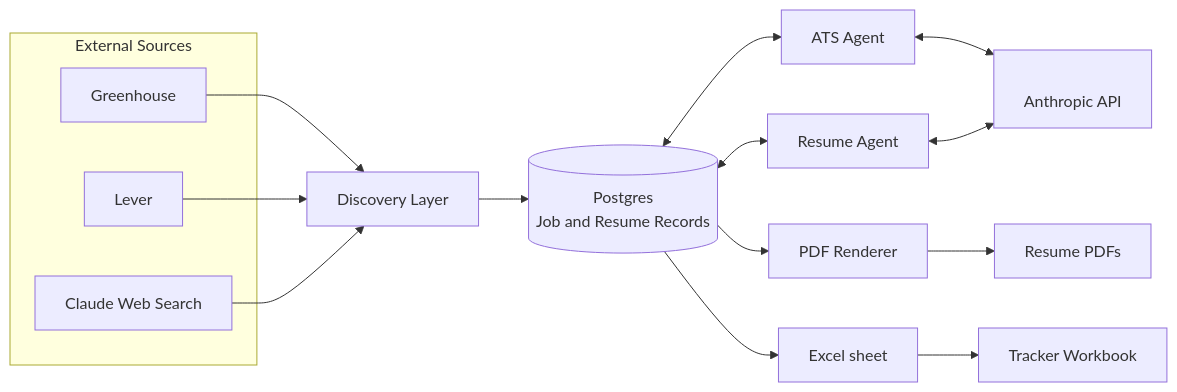
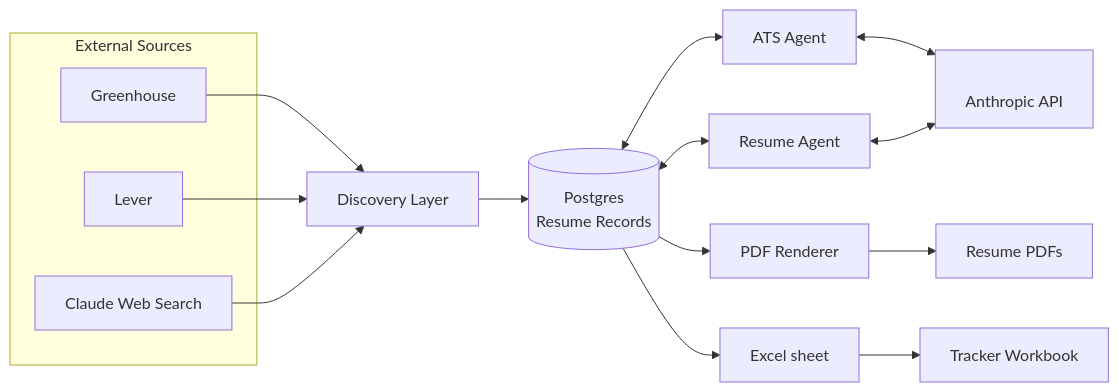
One commit to savsuth/Jobify changed the first of 2 diagrams in README.md. Above: the diagram before and after it, drawn with Mermaid.

````diff
--- a/README.md
+++ b/README.md
@@ -102,31 +102,31 @@
 ```mermaid
 flowchart LR
     subgraph EXT["External Sources"]
         GH["Greenhouse"]
         LV["Lever"]
         WS["Claude Web Search"]
     end
 
     DISC["Discovery Layer"]
-    DB[("Postgres<br/>Job and Resume Records")]
+    DB[("Postgres<br/> Resume Records")]
     ATS["ATS Agent"]
     RES["Resume Agent"]
     CLAUDE["<br/>Anthropic API"]
     PDFR["PDF Renderer"]
     XLS["Excel sheet"]
     OUT1["Resume PDFs"]
     OUT2["Tracker Workbook"]
 
     GH --> DISC
     LV --> DISC
     WS --> DISC
     DISC --> DB
     DB <--> ATS
     DB <--> RES
     ATS <--> CLAUDE
     RES <--> CLAUDE
     DB --> PDFR
     DB --> XLS
     PDFR --> OUT1
     XLS --> OUT2
 ```
````
